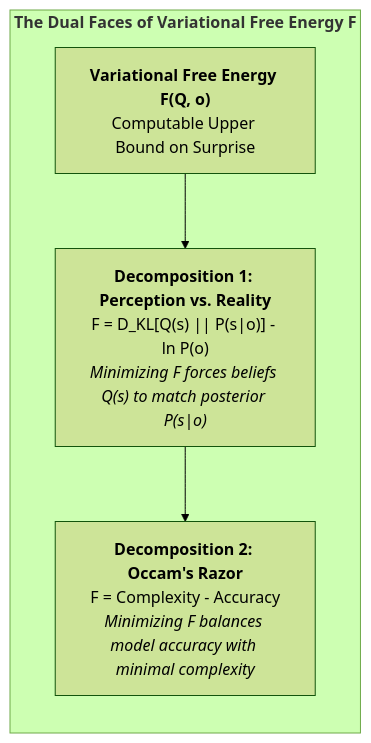
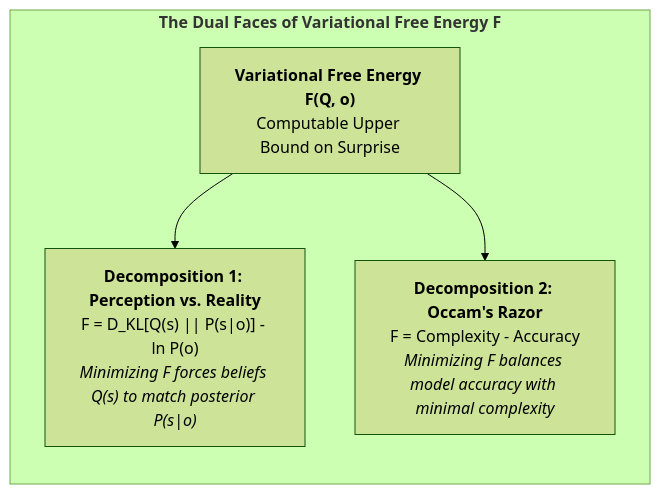
The tenth of 50 diagrams in book/build/CIF_Monograph_EN.md (Thriebl/active-inference-phi-network), drawn with Mermaid (forest theme) before and after one commit. The commit also changed other lines of this file and 8 other files, not shown here.

````diff
--- a/book/build/CIF_Monograph_EN.md
+++ b/book/build/CIF_Monograph_EN.md
@@ -444,14 +436,15 @@
 ```mermaid
 flowchart TD
     subgraph FE_DECOMPOSITION["<b>The Dual Faces of Variational Free Energy F</b>"]
         direction TB
         
         F_TOP["<b>Variational Free Energy F(Q, o)</b><br>Computable Upper Bound on Surprise"]
         
         DEC_1["<b>Decomposition 1: Perception vs. Reality</b><br>F = D_KL[Q(s) || P(s|o)] - ln P(o)<br><i>Minimizing F forces beliefs Q(s) to match posterior P(s|o)</i>"]
         
         DEC_2["<b>Decomposition 2: Occam's Razor</b><br>F = Complexity - Accuracy<br><i>Minimizing F balances model accuracy with minimal complexity</i>"]
         
-        F_TOP --> DEC_1 --> DEC_2
+        F_TOP --> DEC_1
+        F_TOP --> DEC_2
     end
 ```
````
